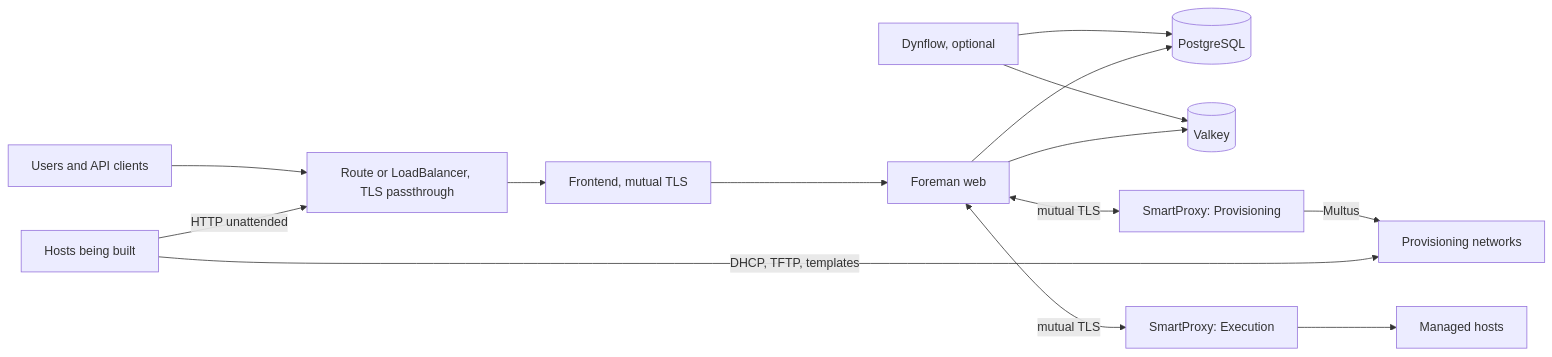
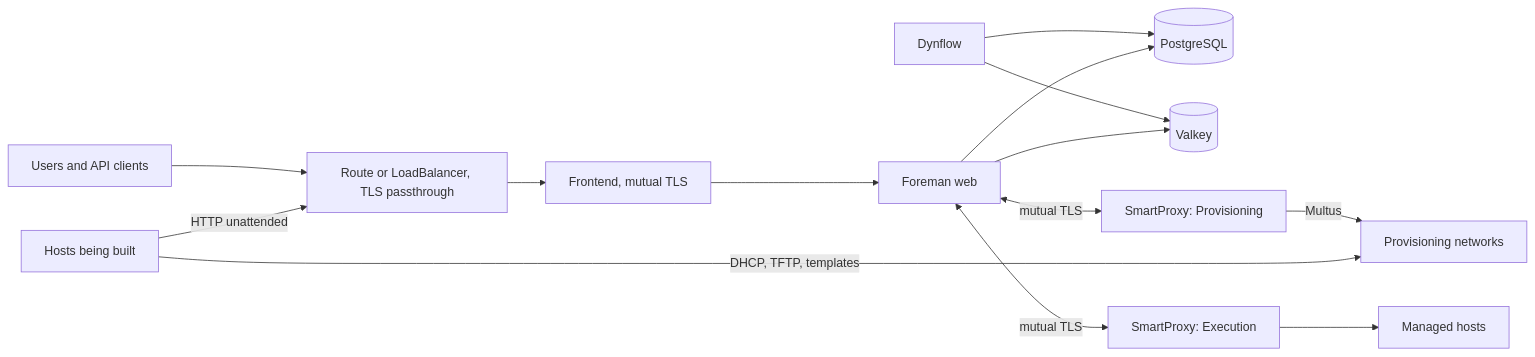
The first of 2 diagrams in docs/concepts/architecture.md (slauger/foreman-operator), drawn with Mermaid before and after one commit. The commit also changed other lines of this file and 10 other files, not shown here.

````diff
--- a/docs/concepts/architecture.md
+++ b/docs/concepts/architecture.md
@@ -10,18 +10,18 @@
 ```mermaid
 flowchart LR
   Users[Users and API clients] --> Edge[Route or LoadBalancer, TLS passthrough]
   Build[Hosts being built] -->|HTTP unattended| Edge
   Edge --> Frontend[Frontend, mutual TLS]
   Frontend --> Web[Foreman web]
 
-  Dynflow[Dynflow, optional] --> PG[(PostgreSQL)]
+  Dynflow[Dynflow] --> PG[(PostgreSQL)]
   Dynflow --> Valkey[(Valkey)]
   Web --> PG
   Web --> Valkey
 
   Web <-->|mutual TLS| Prov[SmartProxy: Provisioning]
   Web <-->|mutual TLS| Exec[SmartProxy: Execution]
   Exec --> Managed[Managed hosts]
   Prov -->|Multus| Net[Provisioning networks]
   Build -->|DHCP, TFTP, templates| Net
 ```
````
